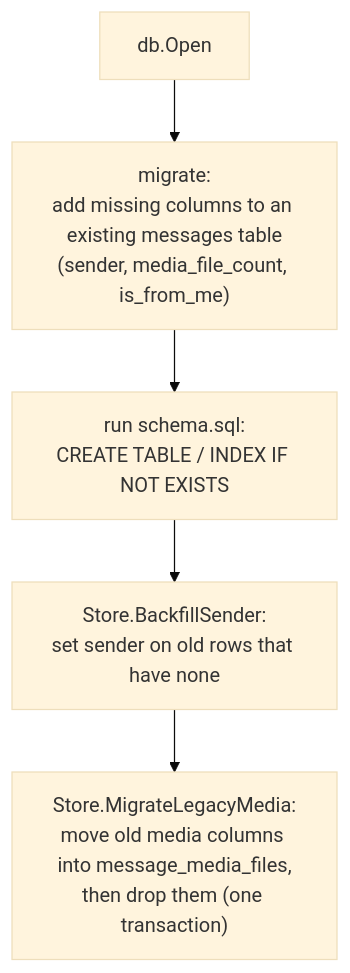
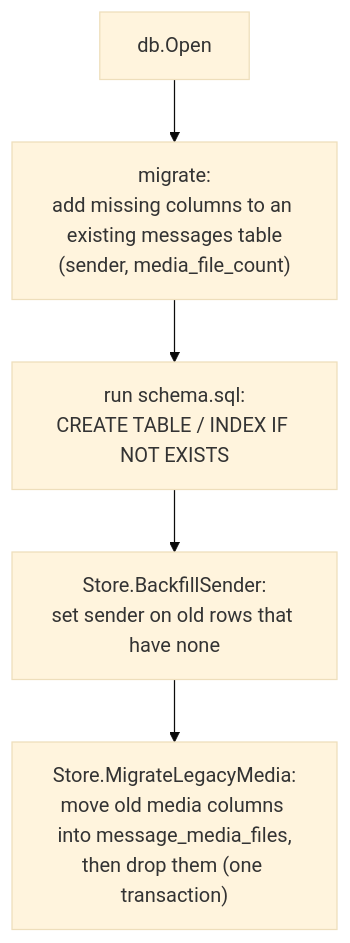
One commit to tongtianqi777/seth-ingestion changed the third of 3 diagrams in docs/DATABASE.md. Above: the diagram before and after it, drawn with Mermaid (base theme). The commit also changed other lines of this file and 9 other files, not shown here.

````diff
--- a/docs/DATABASE.md
+++ b/docs/DATABASE.md
@@ -332,7 +330,7 @@
 ```mermaid
 flowchart TD
-    Open["db.Open"] --> Migrate["migrate:<br/>add missing columns to an existing messages table<br/>(sender, media_file_count, is_from_me)"]
+    Open["db.Open"] --> Migrate["migrate:<br/>add missing columns to an existing messages table<br/>(sender, media_file_count)"]
     Migrate --> Schema["run schema.sql:<br/>CREATE TABLE / INDEX IF NOT EXISTS"]
     Schema --> Sender["Store.BackfillSender:<br/>set sender on old rows that have none"]
     Sender --> Legacy["Store.MigrateLegacyMedia:<br/>move old media columns into message_media_files,<br/>then drop them (one transaction)"]
 ```
````
